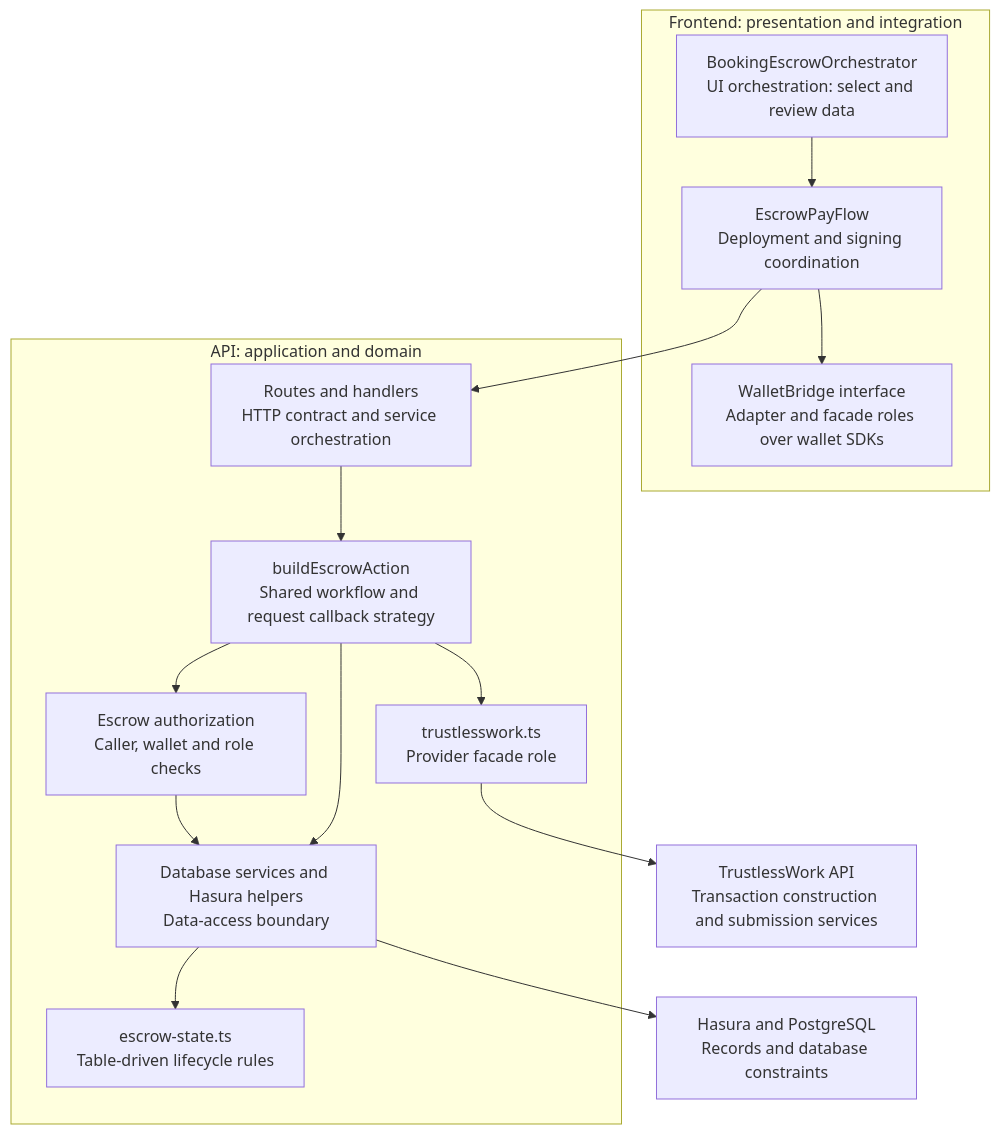
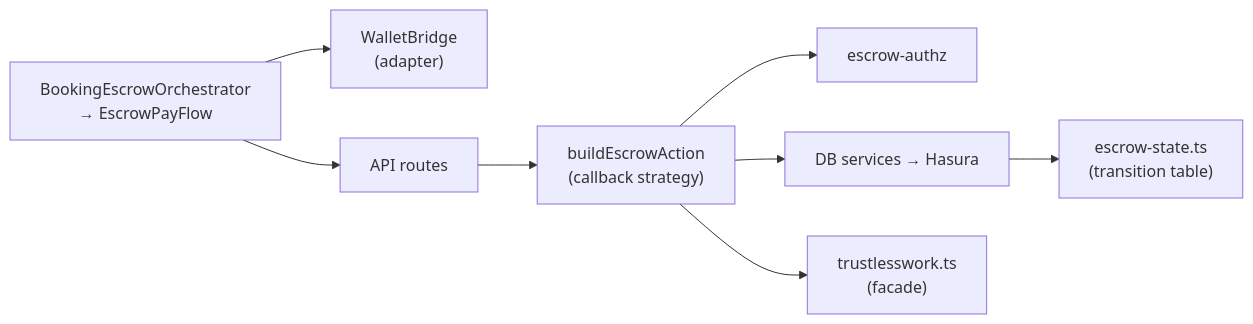
The first of 2 diagrams in docs/architecture/design-pattern-filters.md (safetrustcr/dApp-SafeTrust), drawn with Mermaid before and after one commit. The commit also changed other lines of this file, not shown here.

````diff
--- a/docs/architecture/design-pattern-filters.md
+++ b/docs/architecture/design-pattern-filters.md
@@ -63,27 +25,10 @@
 ```mermaid
-flowchart TB
-    subgraph Frontend["Frontend: presentation and integration"]
-        Booking["BookingEscrowOrchestrator<br/>UI orchestration: select and review data"]
-        Payment["EscrowPayFlow<br/>Deployment and signing coordination"]
-        Wallet["WalletBridge interface<br/>Adapter and facade roles over wallet SDKs"]
-        Booking --> Payment
-        Payment --> Wallet
-    end
-    subgraph API["API: application and domain"]
-        Routes["Routes and handlers<br/>HTTP contract and service orchestration"]
-        Build["buildEscrowAction<br/>Shared workflow and request callback strategy"]
-        Authz["Escrow authorization<br/>Caller, wallet and role checks"]
-        Domain["escrow-state.ts<br/>Table-driven lifecycle rules"]
-        Data["Database services and Hasura helpers<br/>Data-access boundary"]
-        Provider["trustlesswork.ts<br/>Provider facade role"]
-        Routes --> Build
-        Build --> Authz
-        Authz --> Data
-        Build --> Data
-        Build --> Provider
-        Data --> Domain
-    end
-    Payment --> Routes
-    Data --> Hasura["Hasura and PostgreSQL<br/>Records and database constraints"]
-    Provider --> TW["TrustlessWork API<br/>Transaction construction and submission services"]
+flowchart LR
+  UI["BookingEscrowOrchestrator<br/>→ EscrowPayFlow"] --> W["WalletBridge<br/>(adapter)"]
+  UI --> R["API routes"]
+  R --> B["buildEscrowAction<br/>(callback strategy)"]
+  B --> A["escrow-authz"]
+  B --> D["DB services → Hasura"]
+  B --> T["trustlesswork.ts<br/>(facade)"]
+  D --> S["escrow-state.ts<br/>(transition table)"]
 ```
````
